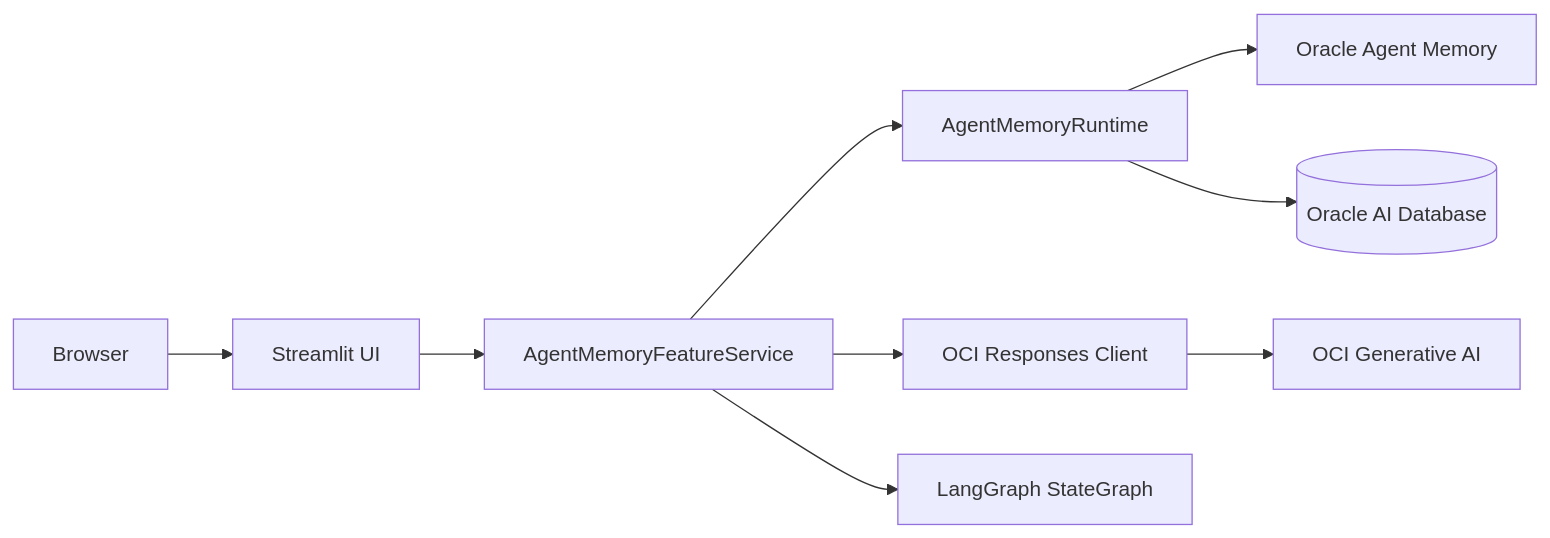
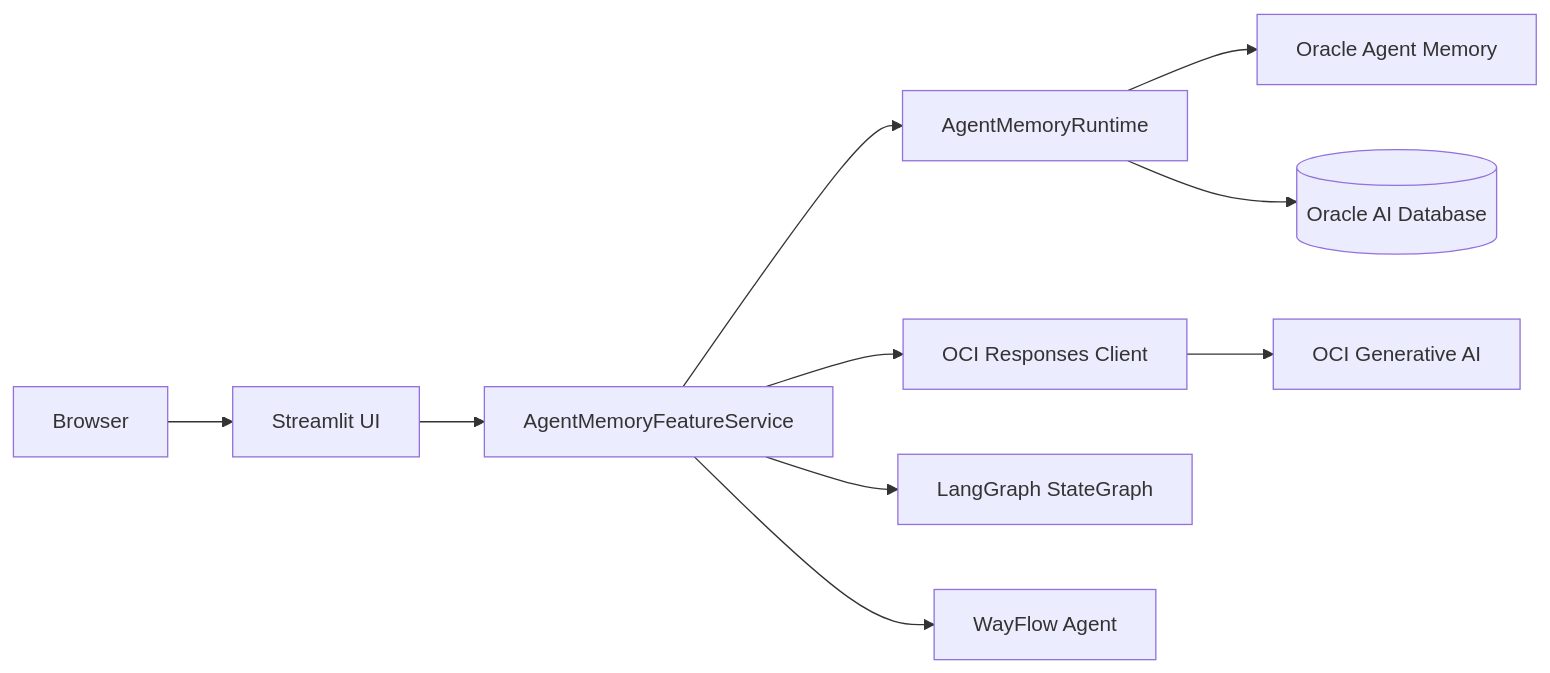
Before and after one commit to RahulMR42/oci_agentmemory_demo: the diagram in README.md, drawn with Mermaid. The commit also changed other lines of this file and 12 other files, not shown here.

Commit message:
Add WayFlow memory workspace

````diff
--- a/README.md
+++ b/README.md
@@ -30,11 +33,12 @@
 ```mermaid
 flowchart LR
     Browser[Browser] --> Streamlit[Streamlit UI]
     Streamlit --> Service[AgentMemoryFeatureService]
     Service --> Runtime[AgentMemoryRuntime]
     Service --> Responses[OCI Responses Client]
     Service --> Graph[LangGraph StateGraph]
+    Service --> WayFlow[WayFlow Agent]
     Runtime --> Memory[Oracle Agent Memory]
     Runtime --> DB[(Oracle AI Database)]
     Responses --> OCI[OCI Generative AI]
 ```
````
